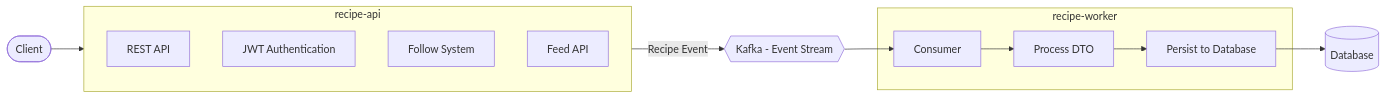
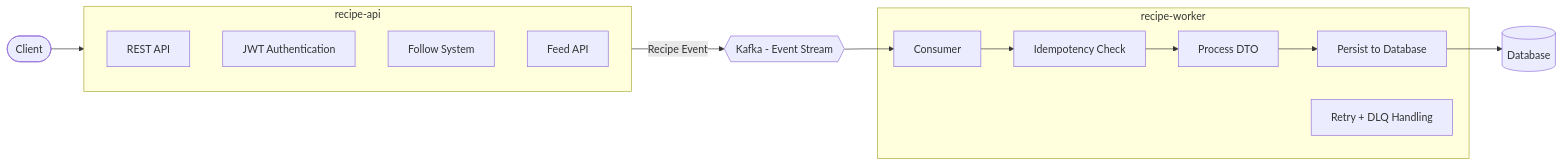
One commit to SatyamDev-IO/share-my-recipe changed the diagram in README.md. Above: the diagram before and after it, drawn with Mermaid. The commit also changed other lines of this file, not shown here.

````diff
--- a/README.md
+++ b/README.md
@@ -9,29 +13,31 @@
 ```mermaid
 graph LR
     Client([Client])
 
     subgraph API_Service [recipe-api]
         A1[REST API]
         A2[JWT Authentication]
         A3[Follow System]
         A4[Feed API]
     end
 
     Kafka{{Kafka - Event Stream}}
 
     subgraph Worker_Service [recipe-worker]
         W1[Consumer]
         W2[Process DTO]
         W3[Persist to Database]
+        W4[Idempotency Check]
+        W5[Retry + DLQ Handling]
     end
 
     DB[(Database)]
 
-    %% Flow
     Client --> API_Service
     API_Service -->|Recipe Event| Kafka
     Kafka --> W1
-    W1 --> W2
+    W1 --> W4
+    W4 --> W2
     W2 --> W3
     W3 --> DB
 ```
````
